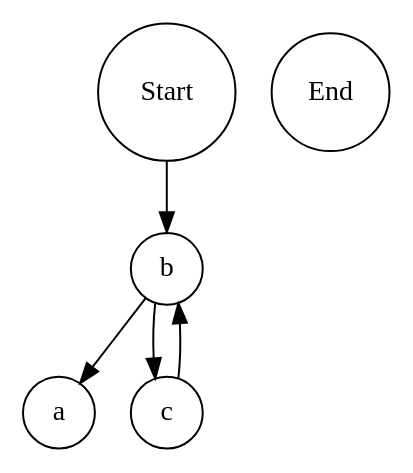
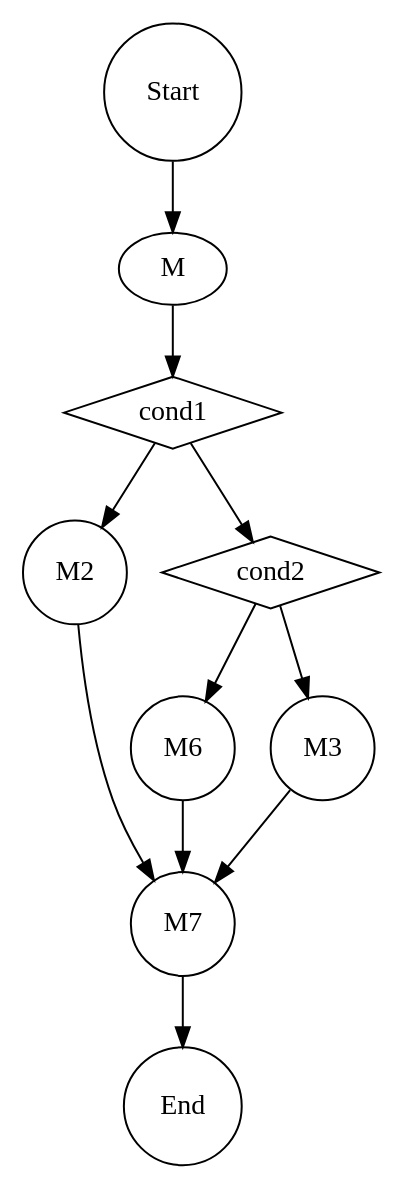
Before and after one commit to yonghun8343/FuncWatch: the diagram in CCG/output.dot, drawn with Graphviz. The commit also changed 5 other files, not shown here.

```diff
--- a/CCG/output.dot
+++ b/CCG/output.dot
@@ -1,11 +1,21 @@
 strict digraph {
-  "global:Start" [label=Start,shape=circle,type=EntryPoint]
-  "global:End" [label=End,shape=circle,type=ExitPoint]
-  "global:a" [label=a,shape=circle,type=FunctionDeclaration]
-  "global:b" [label=b,shape=circle,type=FunctionDeclaration]
-  "global:c" [label=c,shape=circle,type=FunctionDeclaration]
-  "global:b" -> "global:a" [type=call]
-  "global:c" -> "global:b" [type=call]
-  "global:Start" -> "global:b" [type=call]
-  "global:b" -> "global:c" [type=call]
+  Start [label=Start,shape=circle,type=EntryPoint]
+  cond1 [label=cond1,shape=diamond,type=Condition]
+  M2 [label=M2,shape=circle,type=FunctionCall]
+  cond2 [label=cond2,shape=diamond,type=Condition]
+  M6 [label=M6,shape=circle,type=FunctionCall]
+  M3 [label=M3,shape=circle,type=FunctionCall]
+  M7 [label=M7,shape=circle,type=FunctionCall]
+  End [label=End,shape=circle,type=ExitPoint]
+  M
+  Start -> M [type=control]
+  M -> cond1 [type=control]
+  cond1 -> cond2 [type=control]
+  cond2 -> M6 [type=control]
+  cond2 -> M3 [type=control]
+  cond1 -> M2 [type=control]
+  M2 -> M7 [type=control]
+  M6 -> M7 [type=control]
+  M3 -> M7 [type=control]
+  M7 -> End [type=control]
 }
```
